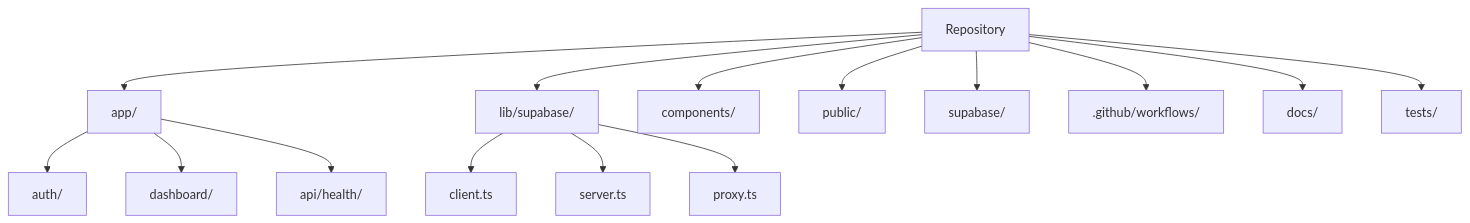
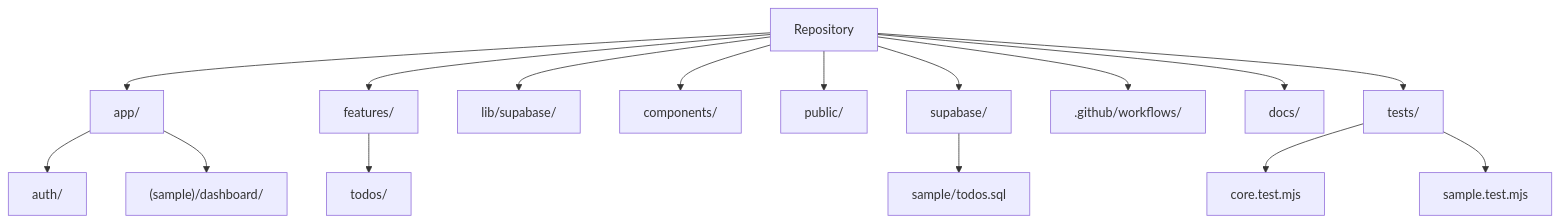
The third of 5 diagrams in docs/ARCHITECTURE.md (k-systems202208/nextjs-supabase-vercel-webapp-template), drawn with Mermaid before and after one commit. The commit also changed other lines of this file and 15 other files, not shown here.

````diff
--- a/docs/ARCHITECTURE.md
+++ b/docs/ARCHITECTURE.md
@@ -49,18 +74,19 @@
 ```mermaid
 flowchart TD
     ROOT["Repository"] --> APP["app/"]
+    ROOT --> FEATURES["features/"]
     ROOT --> LIB["lib/supabase/"]
     ROOT --> COMP["components/"]
     ROOT --> PUB["public/"]
     ROOT --> SUPA["supabase/"]
     ROOT --> GH[".github/workflows/"]
     ROOT --> DOCS["docs/"]
     ROOT --> TESTS["tests/"]
 
     APP --> AUTH["auth/"]
-    APP --> DASH["dashboard/"]
-    APP --> API["api/health/"]
-    LIB --> CLIENT["client.ts"]
-    LIB --> SERVER["server.ts"]
-    LIB --> PROXYLIB["proxy.ts"]
+    APP --> DASH["(sample)/dashboard/"]
+    FEATURES --> TODOS["todos/"]
+    SUPA --> SAMPLESQL["sample/todos.sql"]
+    TESTS --> CORETEST["core.test.mjs"]
+    TESTS --> SAMPLETEST["sample.test.mjs"]
 ```
````
